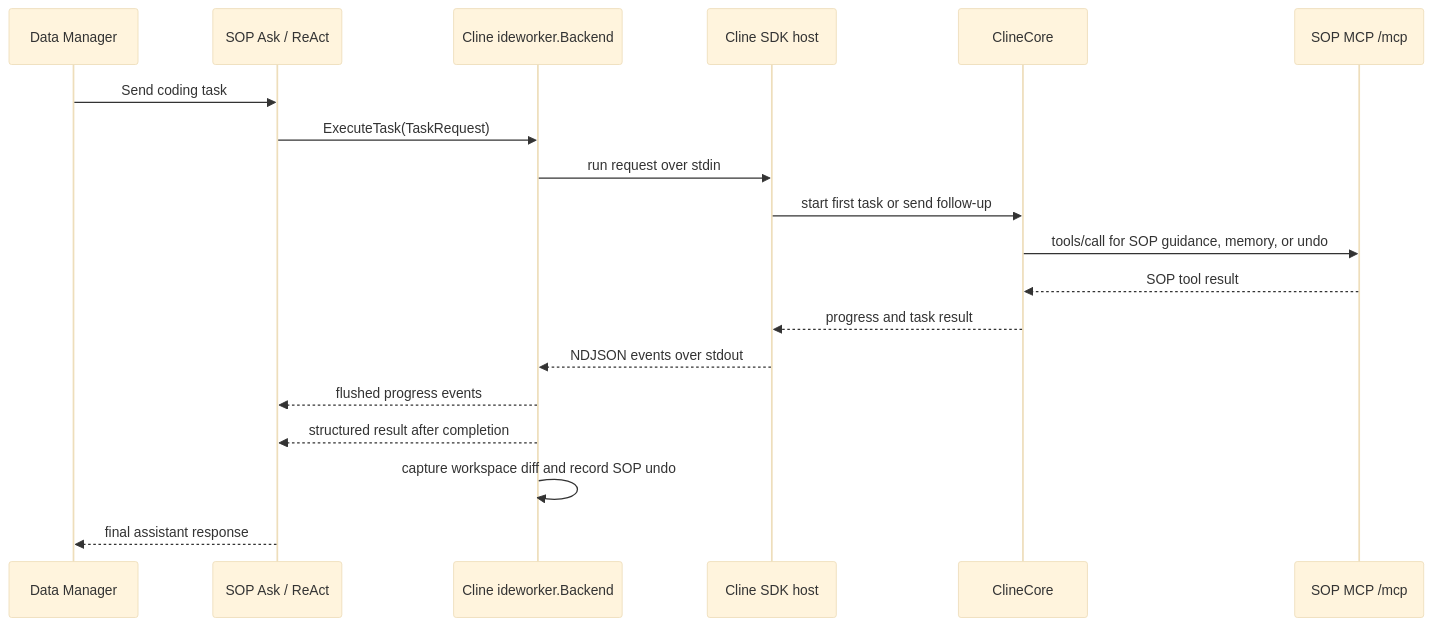
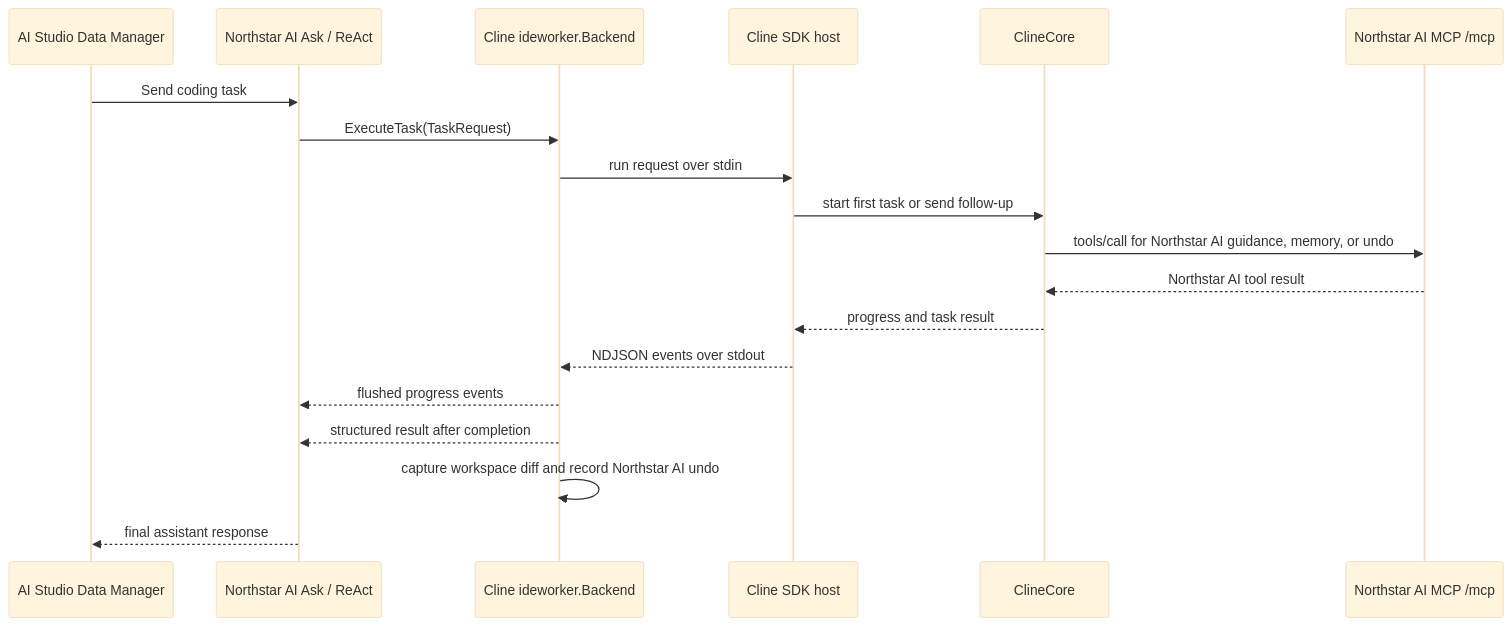
The second of 2 diagrams in docs/CLINE_COPILOT_INTEGRATION_PLAN.md (grecinto/sop), drawn with Mermaid (base theme) before and after one commit. The commit also changed other lines of this file and 50 other files, not shown here.

Commit message:
Rebranded: Northstar AI, Joltrin SDK, AI Studio

````diff
--- a/docs/CLINE_COPILOT_INTEGRATION_PLAN.md
+++ b/docs/CLINE_COPILOT_INTEGRATION_PLAN.md
@@ -40,21 +40,21 @@
 ```mermaid
 sequenceDiagram
-    participant User as Data Manager
-    participant Ask as SOP Ask / ReAct
+    participant User as AI Studio Data Manager
+    participant Ask as Northstar AI Ask / ReAct
     participant Backend as Cline ideworker.Backend
     participant Host as Cline SDK host
     participant Core as ClineCore
-    participant MCP as SOP MCP /mcp
+    participant MCP as Northstar AI MCP /mcp
     User->>Ask: Send coding task
     Ask->>Backend: ExecuteTask(TaskRequest)
     Backend->>Host: run request over stdin
     Host->>Core: start first task or send follow-up
-    Core->>MCP: tools/call for SOP guidance, memory, or undo
-    MCP-->>Core: SOP tool result
+    Core->>MCP: tools/call for Northstar AI guidance, memory, or undo
+    MCP-->>Core: Northstar AI tool result
     Core-->>Host: progress and task result
     Host-->>Backend: NDJSON events over stdout
     Backend-->>Ask: flushed progress events
     Backend-->>Ask: structured result after completion
-    Backend->>Backend: capture workspace diff and record SOP undo
+    Backend->>Backend: capture workspace diff and record Northstar AI undo
     Ask-->>User: final assistant response
 ```
````
